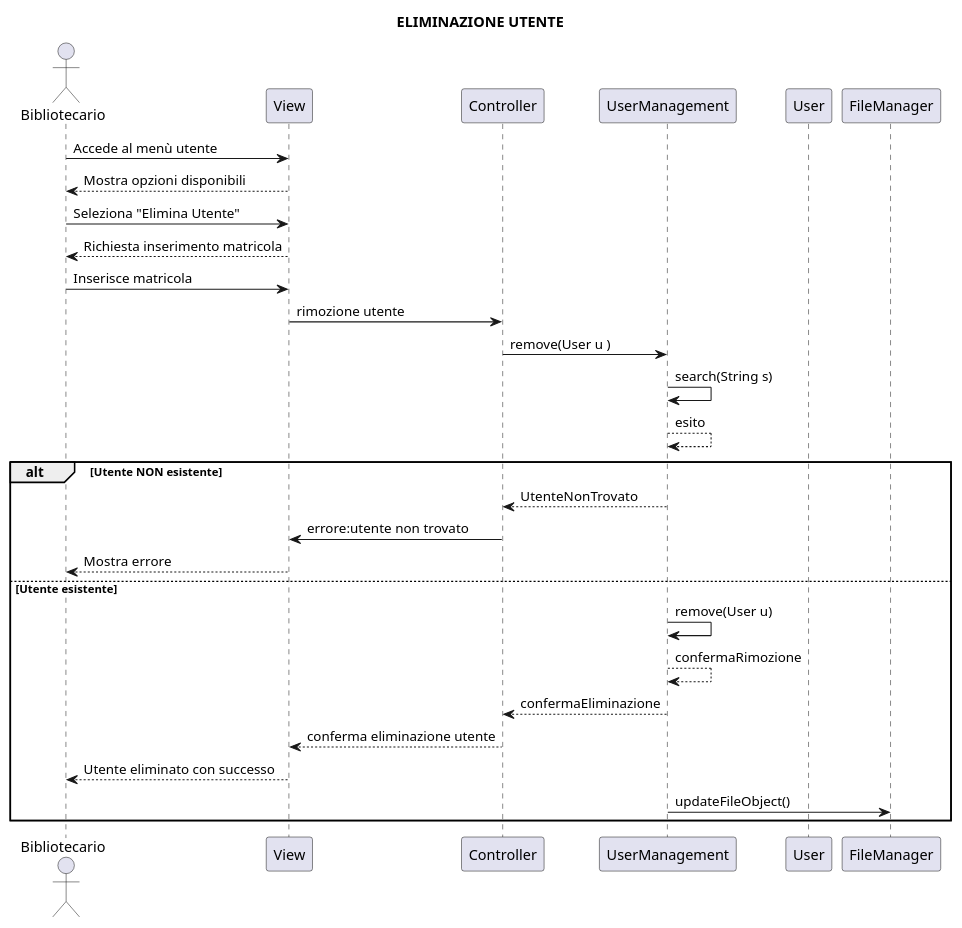
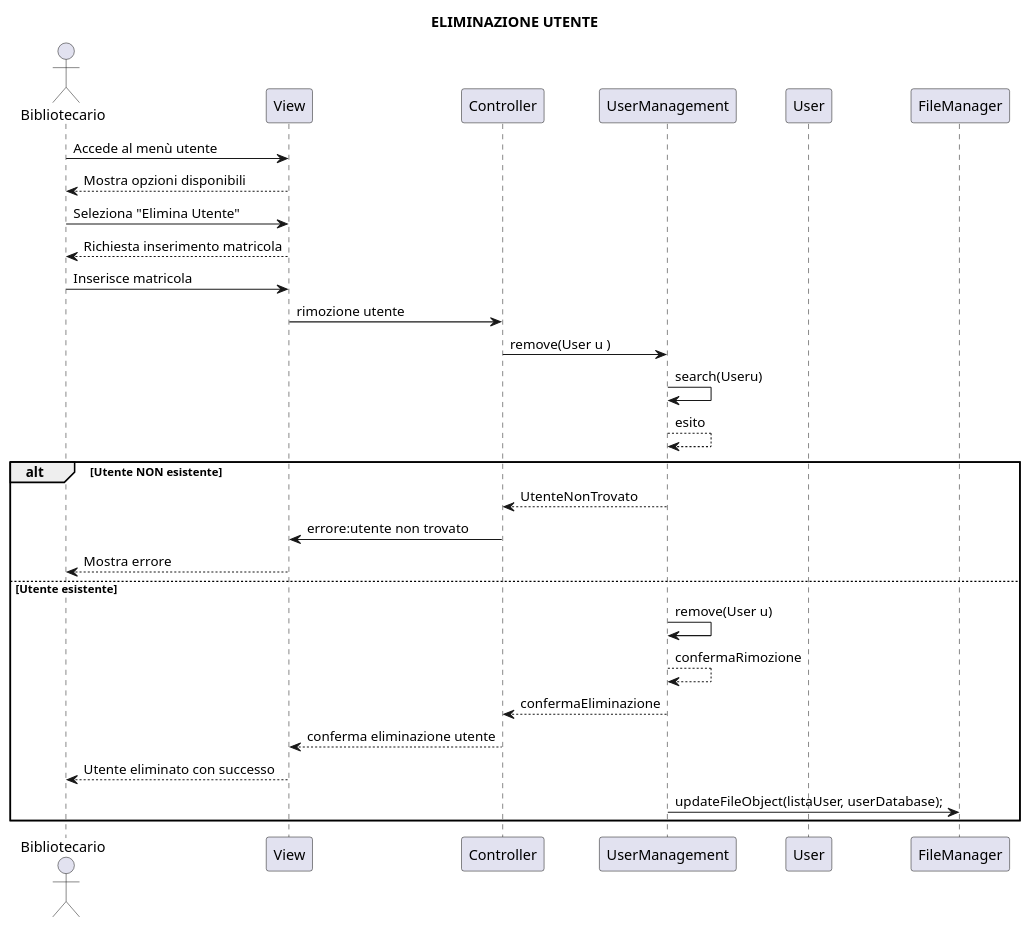
One commit to brunooliva7/Project-Ingegneria-del-Software14 changed the diagram in gruppo14BibliotecaUniversitaria/uml/EliminazioneUtente.puml. Above: the diagram before and after it, drawn with PlantUML. The commit also changed 11 other files, not shown here.

```diff
--- a/gruppo14BibliotecaUniversitaria/uml/EliminazioneUtente.puml
+++ b/gruppo14BibliotecaUniversitaria/uml/EliminazioneUtente.puml
@@ -1,37 +1,37 @@
 @startuml
 title ELIMINAZIONE UTENTE
 
 actor Bibliotecario
 participant View
 participant Controller 
 participant UserManagement
 participant User
 participant  FileManager
 
 Bibliotecario -> View: Accede al menù utente
 View –-> Bibliotecario: Mostra opzioni disponibili
 Bibliotecario -> View: Seleziona "Elimina Utente" 
 View –-> Bibliotecario: Richiesta inserimento matricola
 Bibliotecario –> View: Inserisce matricola
  View -> Controller : rimozione utente
 Controller -> UserManagement: remove(User u )
  
-UserManagement -> UserManagement : search(String s)
+UserManagement -> UserManagement : search(Useru)
 UserManagement --> UserManagement: esito
  alt Utente NON esistente
 	UserManagement --> Controller: UtenteNonTrovato
                 Controller->View: errore:utente non trovato
 
 	View --> Bibliotecario: Mostra errore
  
 else Utente esistente
 	UserManagement -> UserManagement: remove(User u)
 	UserManagement --> UserManagement: confermaRimozione
 	UserManagement --> Controller: confermaEliminazione
                Controller -->View: conferma eliminazione utente 
 	View --> Bibliotecario: Utente eliminato con successo
  
-	UserManagement -> FileManager: updateFileObject()
+	UserManagement -> FileManager: updateFileObject(listaUser, userDatabase);
  
 end
 @enduml
```
